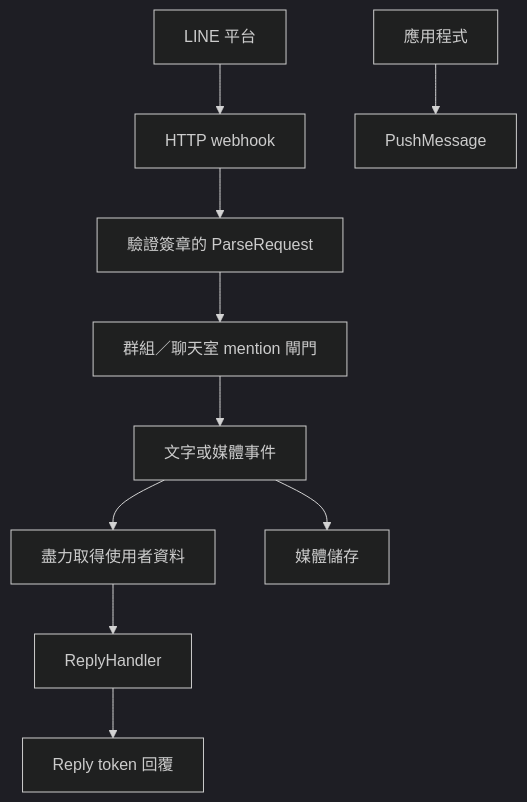
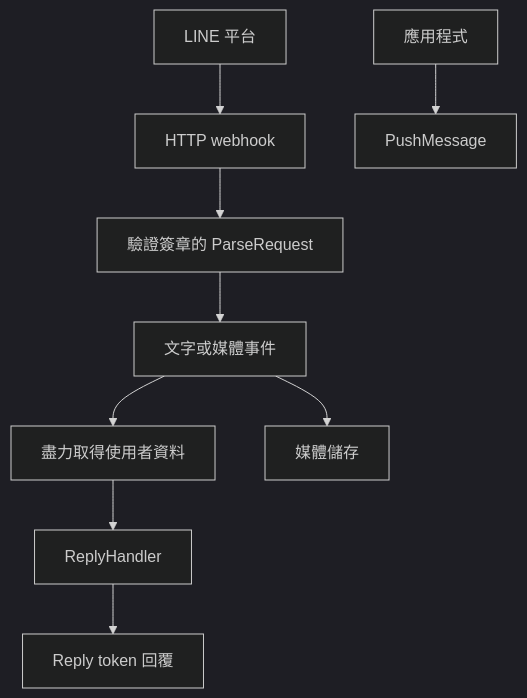
Before and after one commit to pardnchiu/go-bot: the fourth of 6 diagrams in doc/architecture.zh.md, drawn with Mermaid (dark theme). The commit also changed other lines of this file and 5 other files, not shown here.

Commit message:
doc: Drop TTS and mention-gate documentation that no longer matches the code

````diff
--- a/doc/architecture.zh.md
+++ b/doc/architecture.zh.md
@@ -64,12 +58,11 @@
 ```mermaid
 graph TB
     LINE[LINE 平台] --> Webhook[HTTP webhook]
     Webhook --> Parse[驗證簽章的 ParseRequest]
-    Parse --> Gate[群組／聊天室 mention 閘門]
-    Gate --> Event[文字或媒體事件]
+    Parse --> Event[文字或媒體事件]
     Event --> Profile[盡力取得使用者資料]
     Profile --> Handler[ReplyHandler]
     Handler --> Reply[Reply token 回覆]
     App[應用程式] --> Push[PushMessage]
     Event --> Save[媒體儲存]
 ```
````
